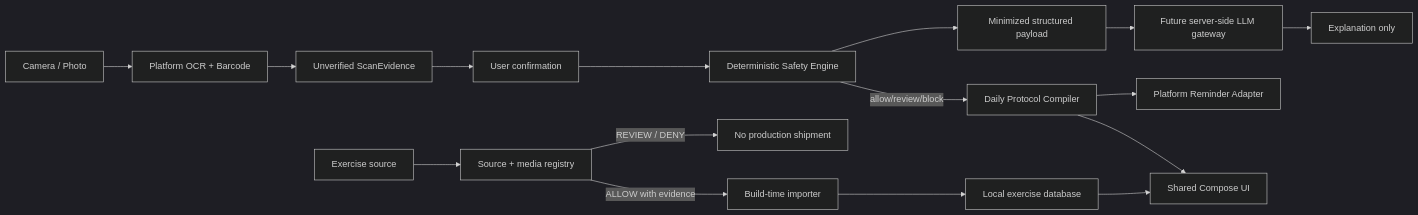
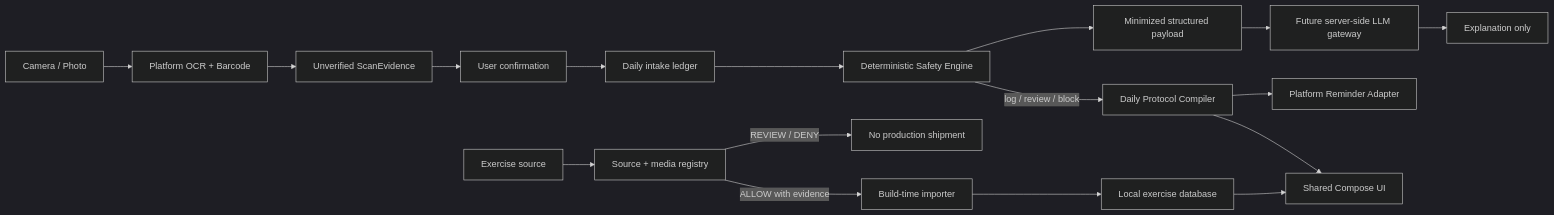
The diagram in README.md (ed3c/gym-come-true), drawn with Mermaid (dark theme) before and after one commit. The commit also changed other lines of this file and 22 other files, not shown here.

````diff
--- a/README.md
+++ b/README.md
@@ -46,19 +50,20 @@
 ```mermaid
 flowchart LR
     Camera[Camera / Photo] --> OCR[Platform OCR + Barcode]
     OCR --> Evidence[Unverified ScanEvidence]
     Evidence --> Confirm[User confirmation]
-    Confirm --> Rules[Deterministic Safety Engine]
-    Rules -->|allow/review/block| Protocol[Daily Protocol Compiler]
+    Confirm --> Ledger[Daily intake ledger]
+    Ledger --> Rules[Deterministic Safety Engine]
+    Rules -->|log / review / block| Protocol[Daily Protocol Compiler]
     Protocol --> UI[Shared Compose UI]
     Protocol --> Reminder[Platform Reminder Adapter]
     Rules --> SafePayload[Minimized structured payload]
     SafePayload --> Gateway[Future server-side LLM gateway]
     Gateway --> Explain[Explanation only]
 
     Source[Exercise source] --> Registry[Source + media registry]
     Registry -->|ALLOW with evidence| Import[Build-time importer]
     Registry -->|REVIEW / DENY| Quarantine[No production shipment]
     Import --> ExerciseDB[Local exercise database]
     ExerciseDB --> UI
 ```
````
